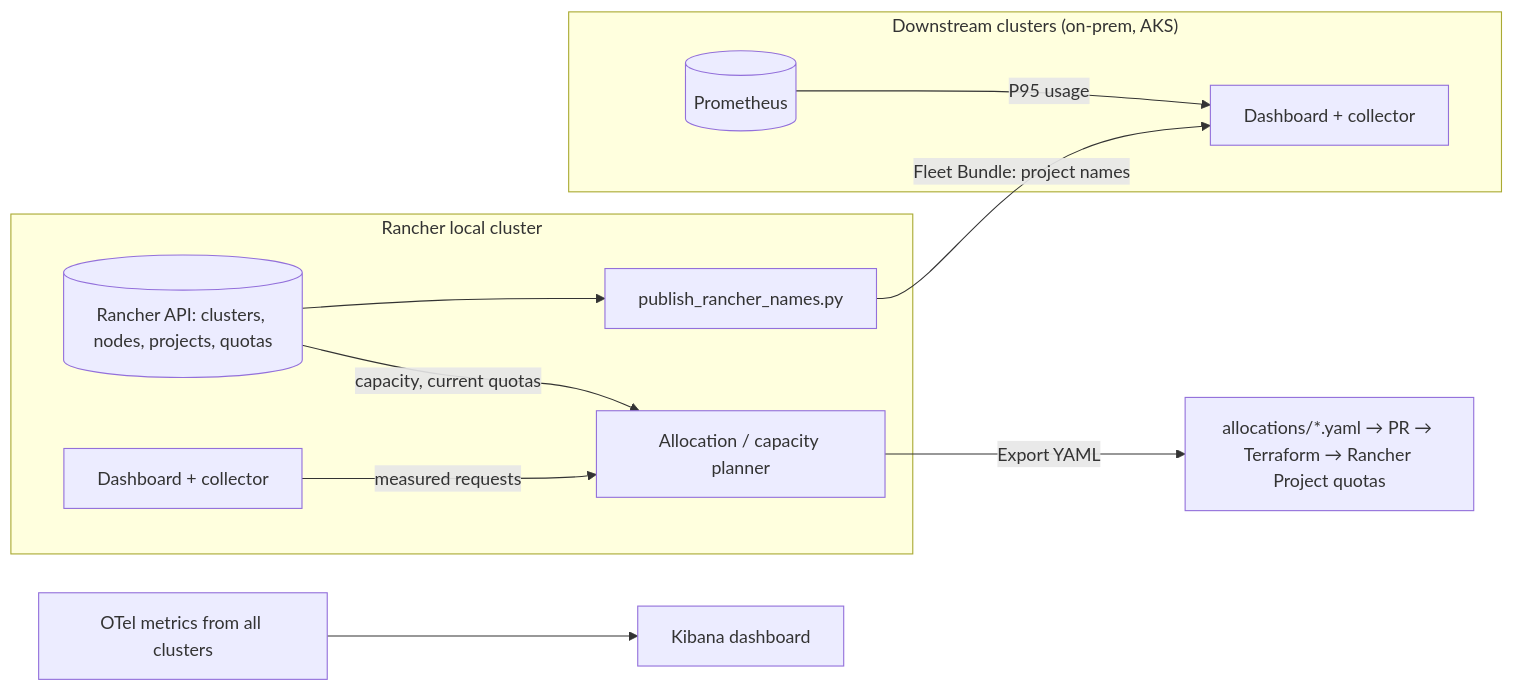
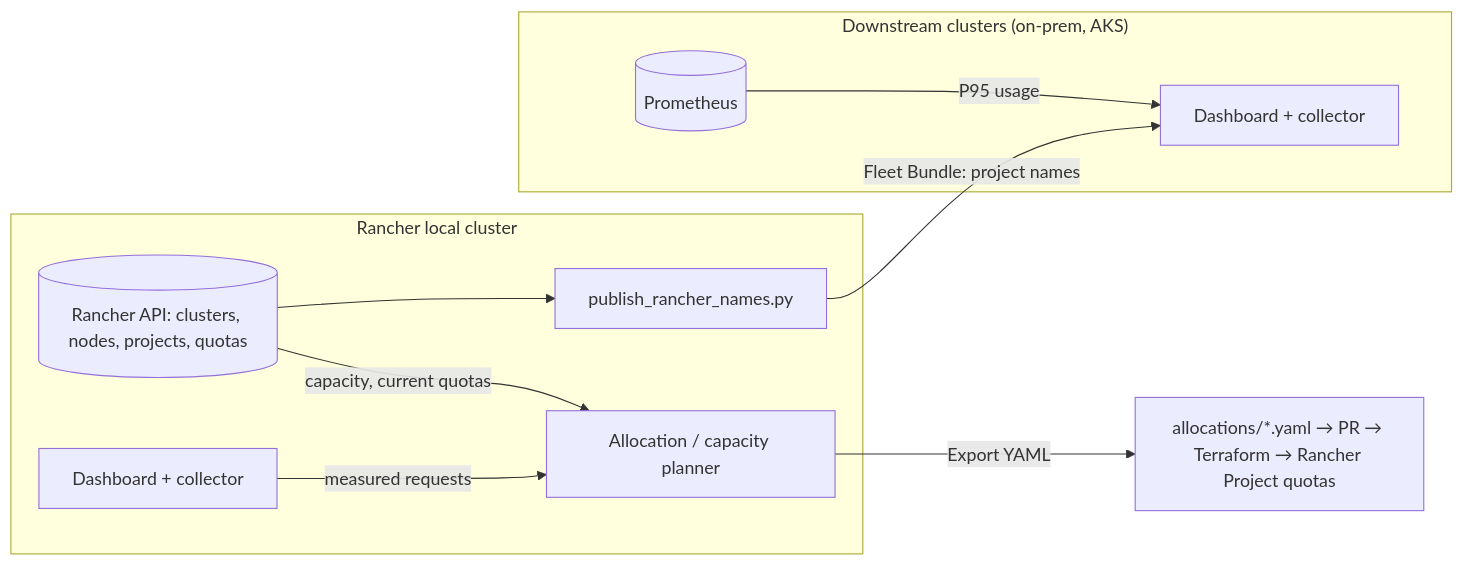
The diagram in README.md (cdalar/cluster-resource-allocation), drawn with Mermaid before and after one commit. The commit also changed other lines of this file and 5 other files, not shown here.

First line of the commit message:
Remove the Kibana dashboard tooling

````diff
--- a/README.md
+++ b/README.md
@@ -77,20 +76,19 @@
 ```mermaid
 flowchart LR
     subgraph local["Rancher local cluster"]
         R[("Rancher API: clusters, nodes, projects, quotas")]
         LD["Dashboard + collector"]
         P["Allocation / capacity planner"]
         N["publish_rancher_names.py"]
     end
     subgraph ds["Downstream clusters (on-prem, AKS)"]
         D["Dashboard + collector"]
         Prom[("Prometheus")]
     end
     R -- "capacity, current quotas" --> P
     LD -- "measured requests" --> P
     R --> N
     N -- "Fleet Bundle: project names" --> D
     Prom -- "P95 usage" --> D
     P -- "Export YAML" --> Git["allocations/*.yaml → PR → Terraform → Rancher Project quotas"]
-    OTel["OTel metrics from all clusters"] --> K["Kibana dashboard"]
 ```
````
